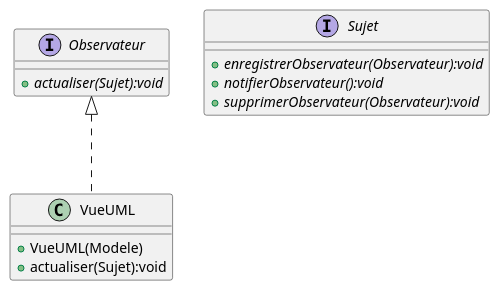
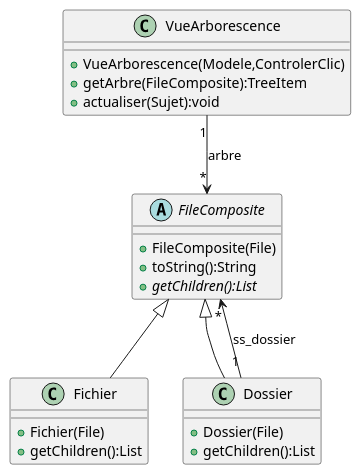
Before and after one commit to EliasKho/SAE-Plugin_JavaFx: the diagram in Diag.puml, drawn with PlantUML. The commit also changed 1 other file, not shown here.

```diff
--- a/Diag.puml
+++ b/Diag.puml
@@ -1,18 +1,28 @@
 @startuml
-interface Observateur {
-+{abstract} actualiser(Sujet):void
+class Fichier {
++Fichier(File)
++getChildren():List
 }
 
-class VueUML {
-+VueUML(Modele)
+class Dossier {
++Dossier(File)
++getChildren():List
+}
+
+class VueArborescence {
++VueArborescence(Modele,ControlerClic)
++getArbre(FileComposite):TreeItem
 +actualiser(Sujet):void
 }
 
-interface Sujet {
-+{abstract} enregistrerObservateur(Observateur):void
-+{abstract} notifierObservateur():void
-+{abstract} supprimerObservateur(Observateur):void
+abstract class FileComposite {
++FileComposite(File)
++toString():String
++{abstract} getChildren():List
 }
 
-VueUML .u.|> Observateur : ""
+Fichier -u-|> FileComposite : ""
+Dossier -u-|> FileComposite : ""
+Dossier "1" --> "*" FileComposite : ss_dossier
+VueArborescence "1" --> "*" FileComposite : arbre
 @enduml
```
